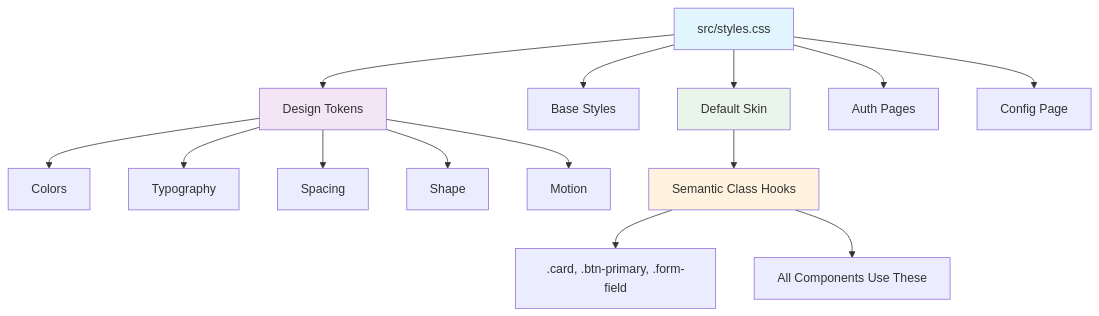
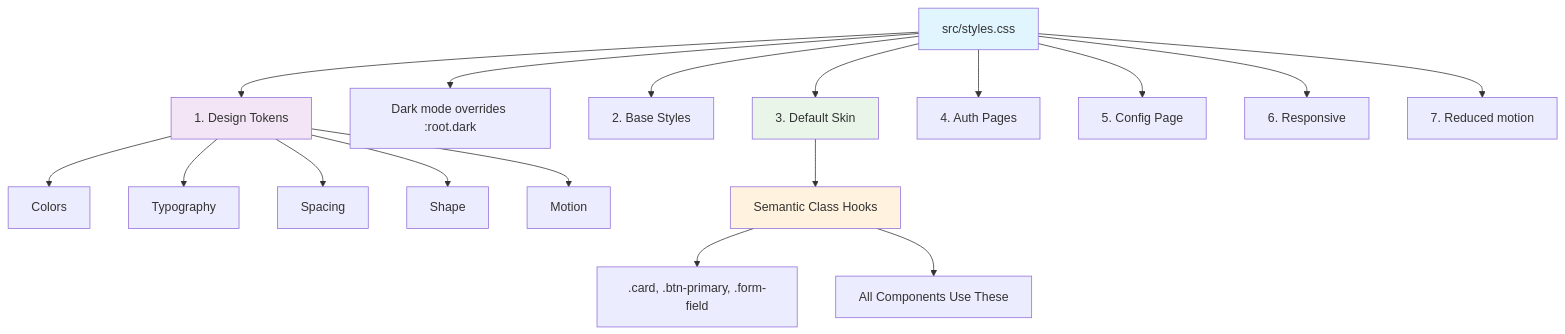
The first of 2 diagrams in openwiki/operations/customization.md (ulabase/starter-ecommerce), drawn with Mermaid before and after one commit. The commit also changed other lines of this file and 32 other files, not shown here.

````diff
--- a/openwiki/operations/customization.md
+++ b/openwiki/operations/customization.md
@@ -35,23 +37,26 @@
 ```mermaid
 flowchart TD
-    A[src/styles.css] --> B[Design Tokens]
-    A --> C[Base Styles]
-    A --> D[Default Skin]
-    A --> E[Auth Pages]
-    A --> F[Config Page]
-    
-    B --> G[Colors]
-    B --> H[Typography]
-    B --> I[Spacing]
-    B --> J[Shape]
-    B --> K[Motion]
-    
-    D --> L[Semantic Class Hooks]
-    L --> M[.card, .btn-primary, .form-field]
-    L --> N[All Components Use These]
-    
+    A[src/styles.css] --> B[1. Design Tokens]
+    A --> B2[Dark mode overrides :root.dark]
+    A --> C[2. Base Styles]
+    A --> D[3. Default Skin]
+    A --> E[4. Auth Pages]
+    A --> F[5. Config Page]
+    A --> G[6. Responsive]
+    A --> H[7. Reduced motion]
+
+    B --> I[Colors]
+    B --> J[Typography]
+    B --> K[Spacing]
+    B --> L[Shape]
+    B --> M[Motion]
+
+    D --> N[Semantic Class Hooks]
+    N --> O[.card, .btn-primary, .form-field]
+    N --> P[All Components Use These]
+
     style A fill:#e1f5fe
     style B fill:#f3e5f5
     style D fill:#e8f5e8
-    style L fill:#fff3e0
+    style N fill:#fff3e0
 ```
````
